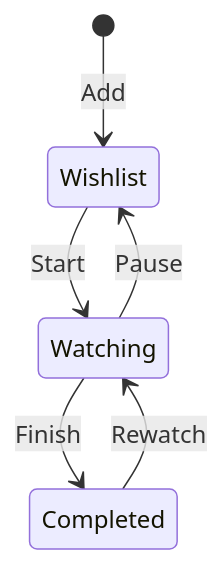
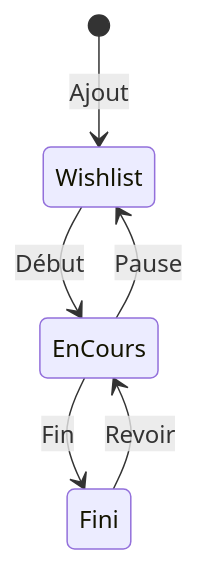
Before and after one commit to junyium1/AnimeWatchlistJava: the sixth of 8 diagrams in DIAGRAMMES_MERMAID.md, drawn with Mermaid. The commit also changed other lines of this file, not shown here.

````diff
--- a/DIAGRAMMES_MERMAID.md
+++ b/DIAGRAMMES_MERMAID.md
@@ -198,8 +198,8 @@
 ```mermaid
 stateDiagram-v2
-    [*] --> Wishlist : Add
-    Wishlist --> Watching : Start
-    Watching --> Completed : Finish
-    Completed --> Watching : Rewatch
-    Watching --> Wishlist : Pause
+    [*] --> Wishlist : Ajout
+    Wishlist --> EnCours : Début
+    EnCours --> Fini : Fin
+    Fini --> EnCours : Revoir
+    EnCours --> Wishlist : Pause
 ```
````
